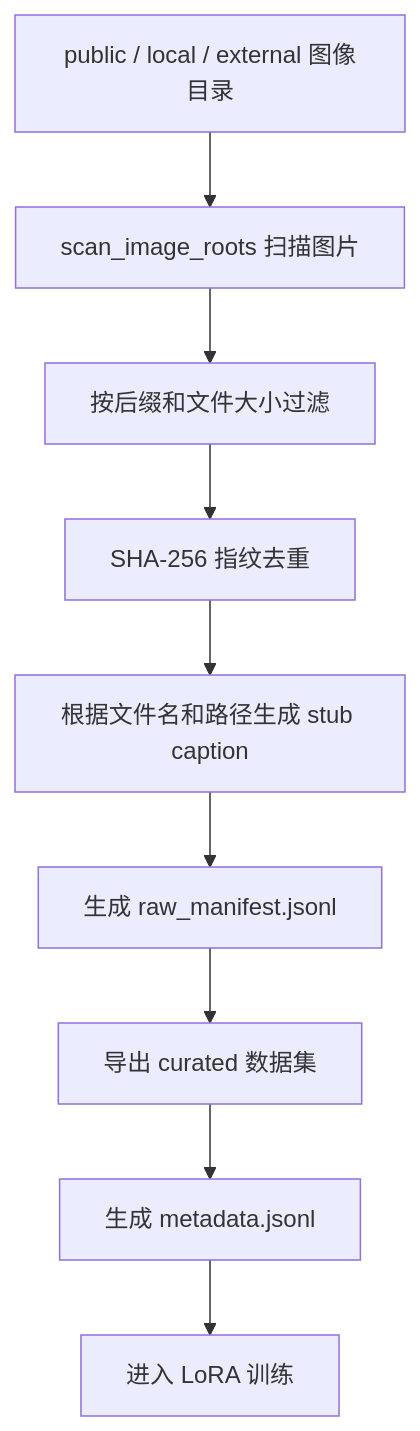
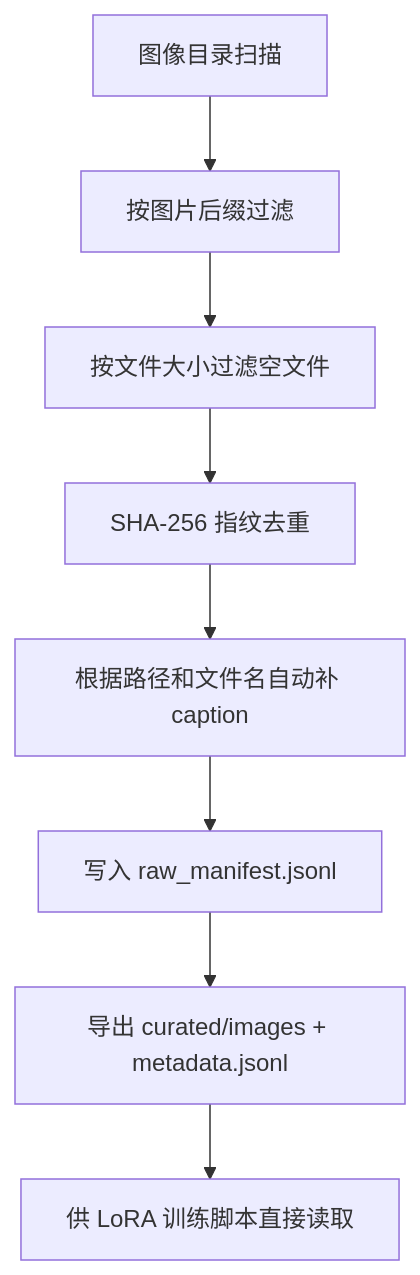
The second of 10 diagrams in docs/model-training-and-usage.md (hrzt66/electric-ai-platform), drawn with Mermaid before and after one commit. The commit also changed other lines of this file, not shown here.

````diff
--- a/docs/model-training-and-usage.md
+++ b/docs/model-training-and-usage.md
@@ -111,11 +179,10 @@
 ```mermaid
 flowchart TD
-    A["public / local / external 图像目录"] --> B["scan_image_roots 扫描图片"]
-    B --> C["按后缀和文件大小过滤"]
+    A["图像目录扫描"] --> B["按图片后缀过滤"]
+    B --> C["按文件大小过滤空文件"]
     C --> D["SHA-256 指纹去重"]
-    D --> E["根据文件名和路径生成 stub caption"]
-    E --> F["生成 raw_manifest.jsonl"]
-    F --> G["导出 curated 数据集"]
-    G --> H["生成 metadata.jsonl"]
-    H --> I["进入 LoRA 训练"]
+    D --> E["根据路径和文件名自动补 caption"]
+    E --> F["写入 raw_manifest.jsonl"]
+    F --> G["导出 curated/images + metadata.jsonl"]
+    G --> H["供 LoRA 训练脚本直接读取"]
 ```
````
